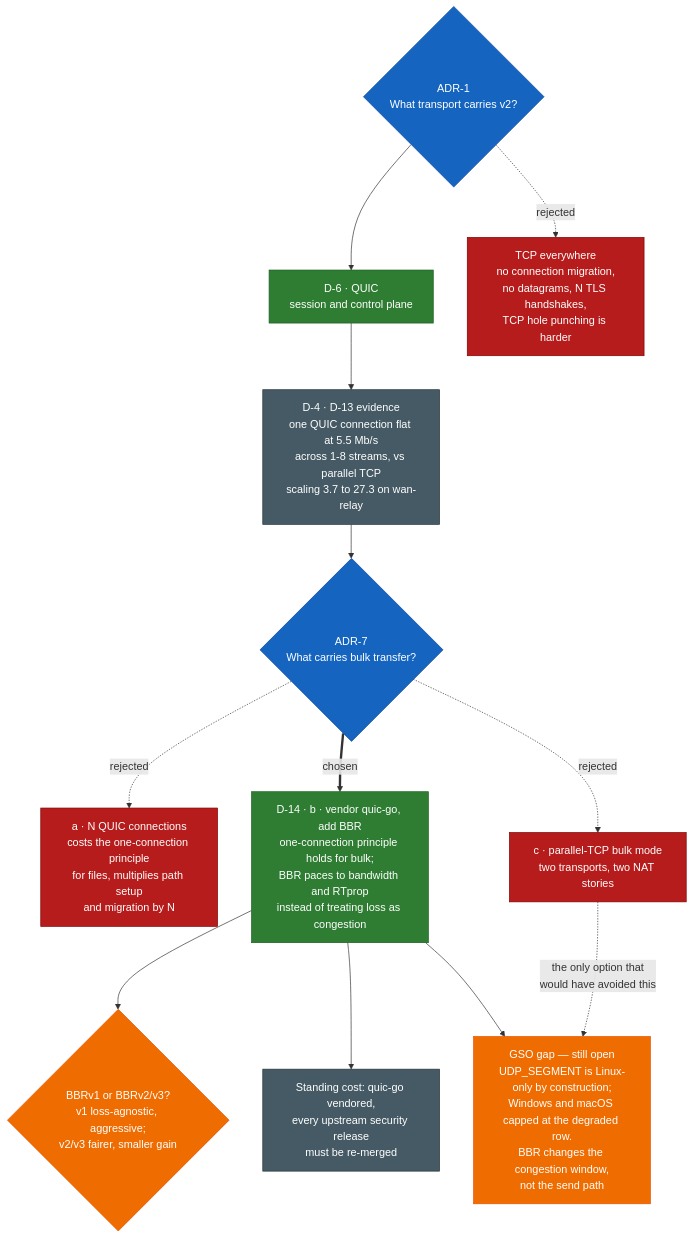
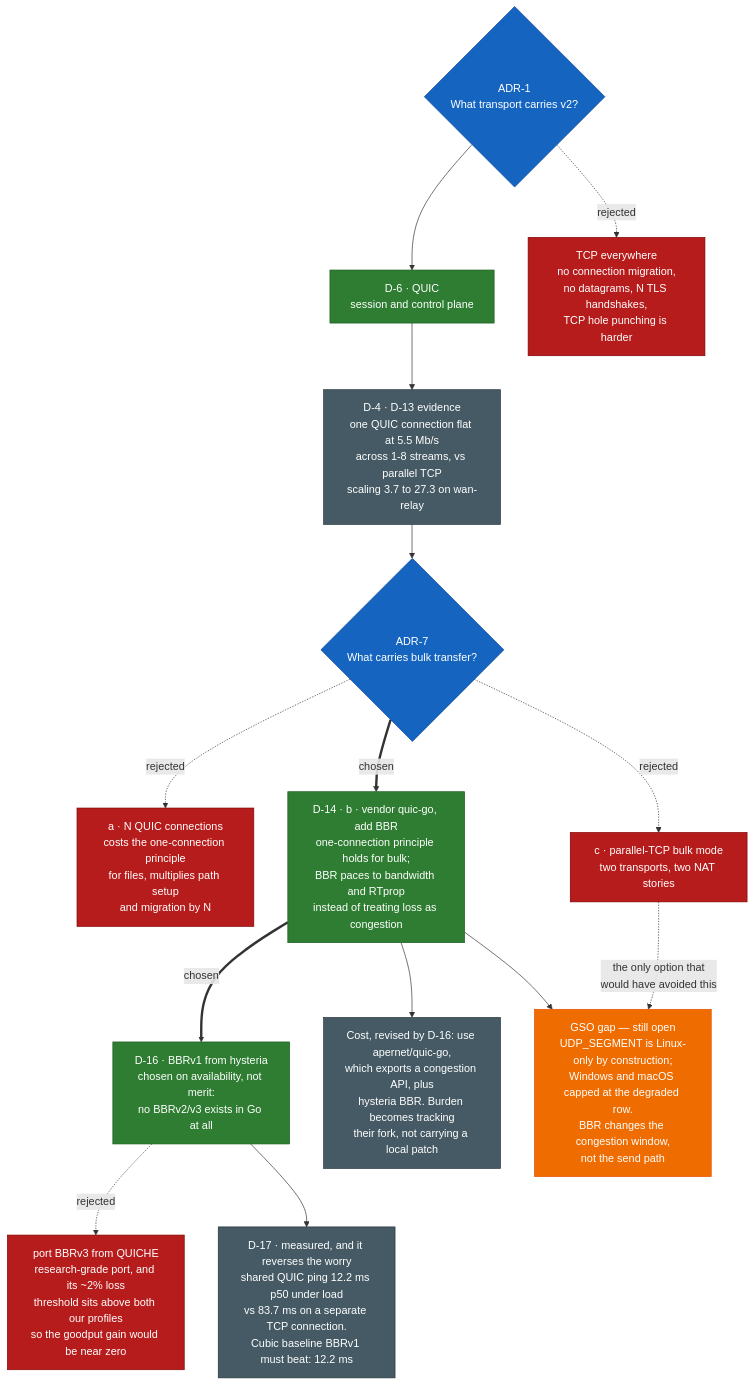
Before and after one commit to shreyashsri79/OpenAir: the first of 4 diagrams in docs/decision-tree.md, drawn with Mermaid. The commit also changed other lines of this file and 11 other files, not shown here.

````diff
--- a/docs/decision-tree.md
+++ b/docs/decision-tree.md
@@ -33,24 +35,26 @@
 ```mermaid
 flowchart TD
     Q1{"ADR-1<br/>What transport carries v2?"}:::question
     Q1 --> D6["D-6 · QUIC<br/>session and control plane"]:::accepted
     Q1 -.rejected.-> R1["TCP everywhere<br/>no connection migration,<br/>no datagrams, N TLS handshakes,<br/>TCP hole punching is harder"]:::rejected
 
     D6 --> E1["D-4 · D-13 evidence<br/>one QUIC connection flat at 5.5 Mb/s<br/>across 1-8 streams, vs parallel TCP<br/>scaling 3.7 to 27.3 on wan-relay"]:::evidence
     E1 --> Q2{"ADR-7<br/>What carries bulk transfer?"}:::question
 
     Q2 -.rejected.-> R2A["a · N QUIC connections<br/>costs the one-connection principle<br/>for files, multiplies path setup<br/>and migration by N"]:::rejected
     Q2 ==chosen==> D14["D-14 · b · vendor quic-go, add BBR<br/>one-connection principle holds for bulk;<br/>BBR paces to bandwidth and RTprop<br/>instead of treating loss as congestion"]:::accepted
     Q2 -.rejected.-> R2C["c · parallel-TCP bulk mode<br/>two transports, two NAT stories"]:::rejected
 
-    D14 --> SUB{"BBRv1 or BBRv2/v3?<br/>v1 loss-agnostic, aggressive;<br/>v2/v3 fairer, smaller gain"}:::open
-    D14 --> COST["Standing cost: quic-go vendored,<br/>every upstream security release<br/>must be re-merged"]:::evidence
+    D14 ==chosen==> SUB["D-16 · BBRv1 from hysteria<br/>chosen on availability, not merit:<br/>no BBRv2/v3 exists in Go at all"]:::accepted
+    SUB -.rejected.-> R3V["port BBRv3 from QUICHE<br/>research-grade port, and its ~2% loss<br/>threshold sits above both our profiles<br/>so the goodput gain would be near zero"]:::rejected
+    SUB --> QUEUE["D-17 · measured, and it reverses the worry<br/>shared QUIC ping 12.2 ms p50 under load<br/>vs 83.7 ms on a separate TCP connection.<br/>Cubic baseline BBRv1 must beat: 12.2 ms"]:::evidence
+    D14 --> COST["Cost, revised by D-16: use apernet/quic-go,<br/>which exports a congestion API, plus<br/>hysteria BBR. Burden becomes tracking<br/>their fork, not carrying a local patch"]:::evidence
     D14 --> GSO["GSO gap — still open<br/>UDP_SEGMENT is Linux-only by construction;<br/>Windows and macOS capped at the degraded row.<br/>BBR changes the congestion window,<br/>not the send path"]:::open
     R2C -.->|"the only option that<br/>would have avoided this"| GSO
 
     classDef question fill:#1565c0,color:#fff,stroke:#0d47a1
     classDef accepted fill:#2e7d32,color:#fff,stroke:#1b5e20
     classDef rejected fill:#b71c1c,color:#fff,stroke:#7f0000
     classDef open fill:#ef6c00,color:#fff,stroke:#e65100
     classDef evidence fill:#455a64,color:#fff,stroke:#263238
 ```
````
